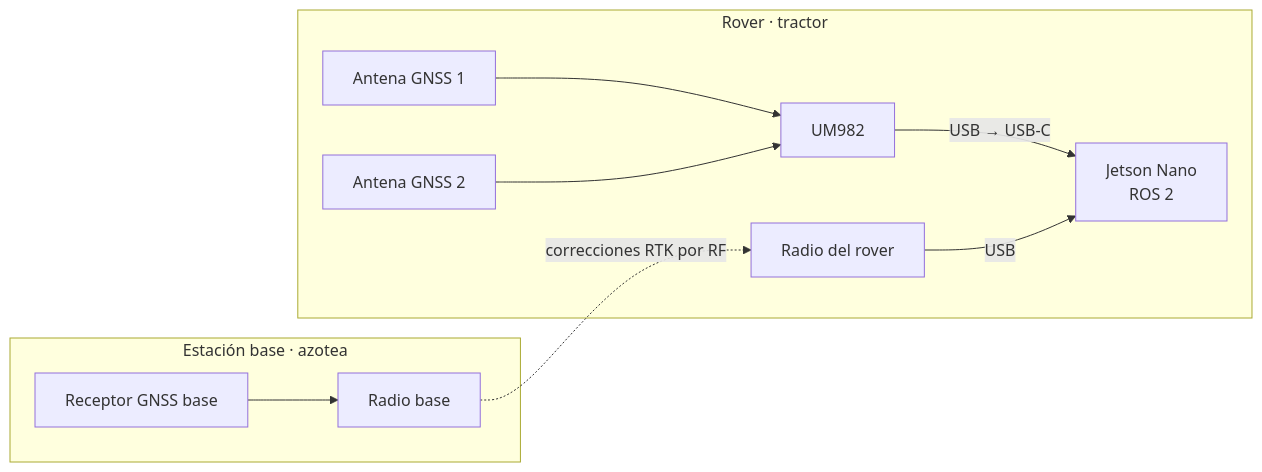
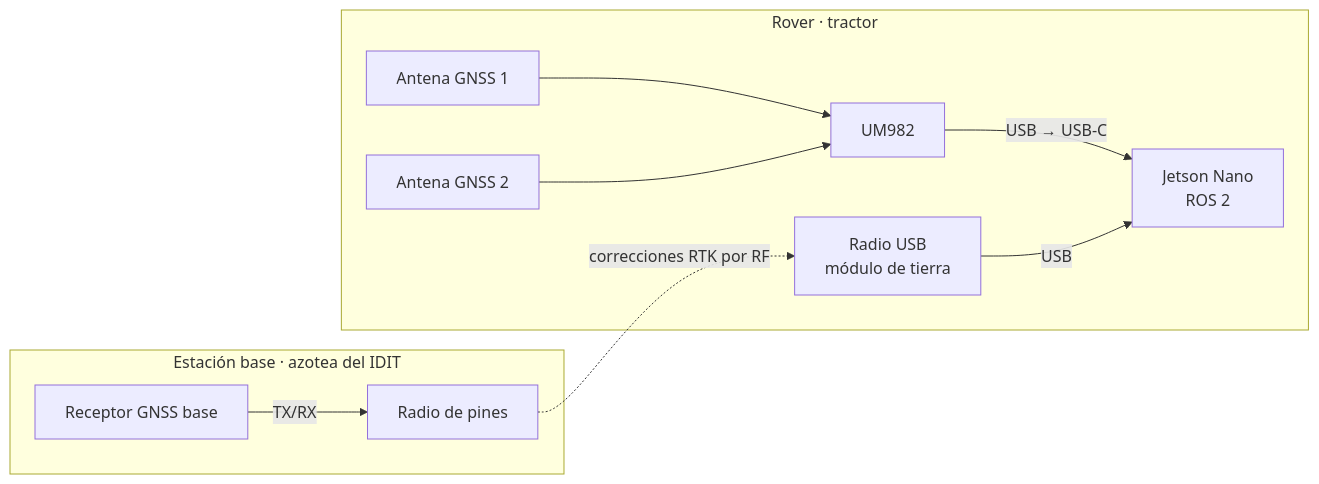
Before and after one commit to BrianSimpson01/Agrotecnologias-abiertas-para-mexico-: the second of 2 diagrams in docs/tablero.md, drawn with Mermaid. The commit also changed other lines of this file, not shown here.

Commit message:
Enlace de radio base-rover

````diff
--- a/docs/tablero.md
+++ b/docs/tablero.md
@@ -45,14 +45,14 @@
 ```mermaid
 flowchart LR
-    subgraph BASE[Estación base · azotea]
-        BGNSS[Receptor GNSS base] --> BRAD[Radio base]
+    subgraph BASE[Estación base · azotea del IDIT]
+        BGNSS[Receptor GNSS base] -->|TX/RX| BRAD[Radio de pines]
     end
     subgraph ROVER[Rover · tractor]
         A1[Antena GNSS 1] --> UM[UM982]
         A2[Antena GNSS 2] --> UM
-        RRAD[Radio del rover]
+        RRAD[Radio USB<br/>módulo de tierra]
         UM -->|USB → USB-C| JET[Jetson Nano<br/>ROS 2]
         RRAD -->|USB| JET
     end
     BRAD -. correcciones RTK por RF .-> RRAD
 ```
````
